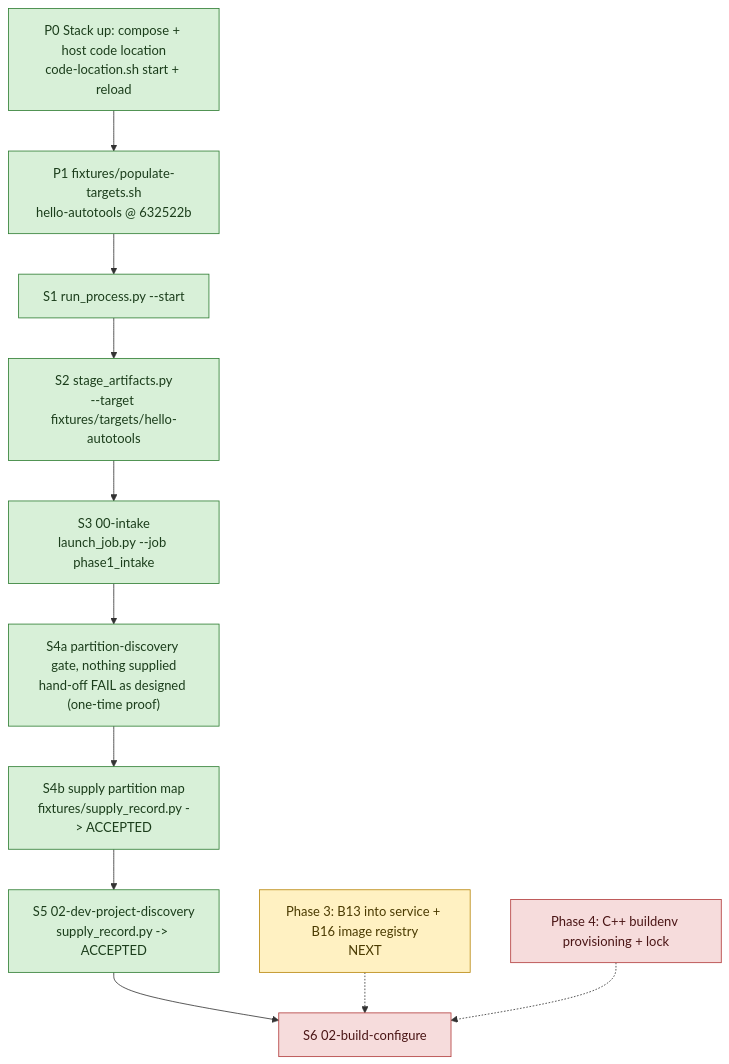
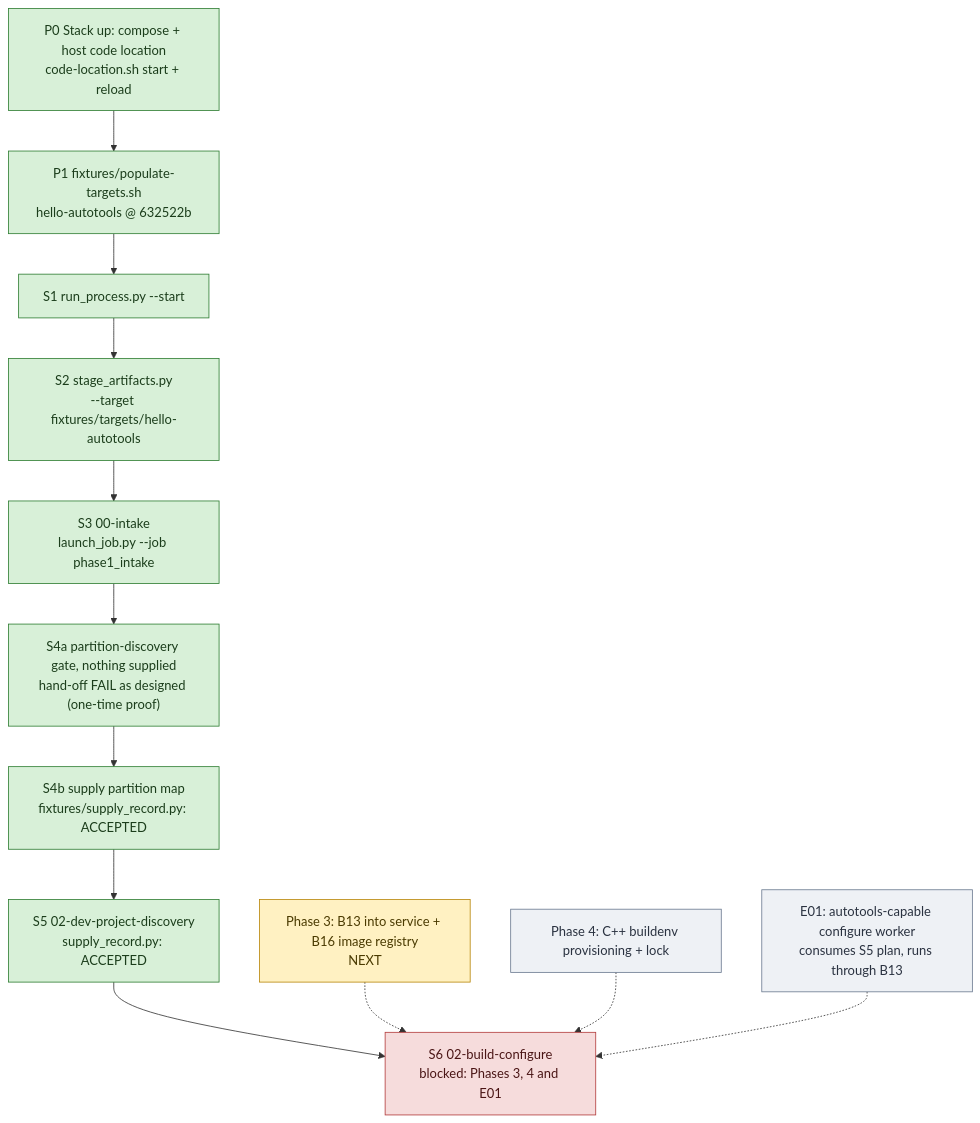
The diagram in docs/processes/flow-bringup.md (wsollers/appsec-review), drawn with Mermaid before and after one commit. The commit also changed other lines of this file and 2 other files, not shown here.

First line of the commit message:
docs: process-flow review against rendered diagrams and code; S6 also needs E01

````diff
--- a/docs/processes/flow-bringup.md
+++ b/docs/processes/flow-bringup.md
@@ -12,23 +12,25 @@
 ```mermaid
 flowchart TD
   P0["P0 Stack up: compose + host code location<br/>code-location.sh start + reload"]:::done
   P1["P1 fixtures/populate-targets.sh<br/>hello-autotools @ 632522b"]:::done
   S1["S1 run_process.py --start"]:::done
   S2["S2 stage_artifacts.py<br/>--target fixtures/targets/hello-autotools"]:::done
   S3["S3 00-intake<br/>launch_job.py --job phase1_intake"]:::done
   S4a["S4a partition-discovery gate, nothing supplied<br/>hand-off FAIL as designed (one-time proof)"]:::done
-  S4b["S4b supply partition map<br/>fixtures/supply_record.py -> ACCEPTED"]:::done
-  S5["S5 02-dev-project-discovery<br/>supply_record.py -> ACCEPTED"]:::done
-  S6["S6 02-build-configure"]:::blocked
+  S4b["S4b supply partition map<br/>fixtures/supply_record.py: ACCEPTED"]:::done
+  S5["S5 02-dev-project-discovery<br/>supply_record.py: ACCEPTED"]:::done
+  S6["S6 02-build-configure<br/>blocked: Phases 3, 4 and E01"]:::blocked
   B13["Phase 3: B13 into service + B16 image registry<br/>NEXT"]:::next
-  BE["Phase 4: C++ buildenv provisioning + lock"]:::blocked
+  BE["Phase 4: C++ buildenv provisioning + lock"]:::todo
+  E01["E01: autotools-capable configure worker<br/>consumes S5 plan, runs through B13"]:::todo
 
   P0 --> P1 --> S1 --> S2 --> S3 --> S4a --> S4b --> S5 --> S6
   B13 -.-> S6
   BE -.-> S6
+  E01 -.-> S6
 
   classDef done fill:#d8f0d8,stroke:#2e7d32,color:#1b3d1b
   classDef next fill:#fff1c2,stroke:#b8860b,color:#4a3a00
   classDef todo fill:#eef1f5,stroke:#6b7a90,color:#2a3240
   classDef blocked fill:#f6dcdc,stroke:#b23b3b,color:#4a1515
 ```
````
